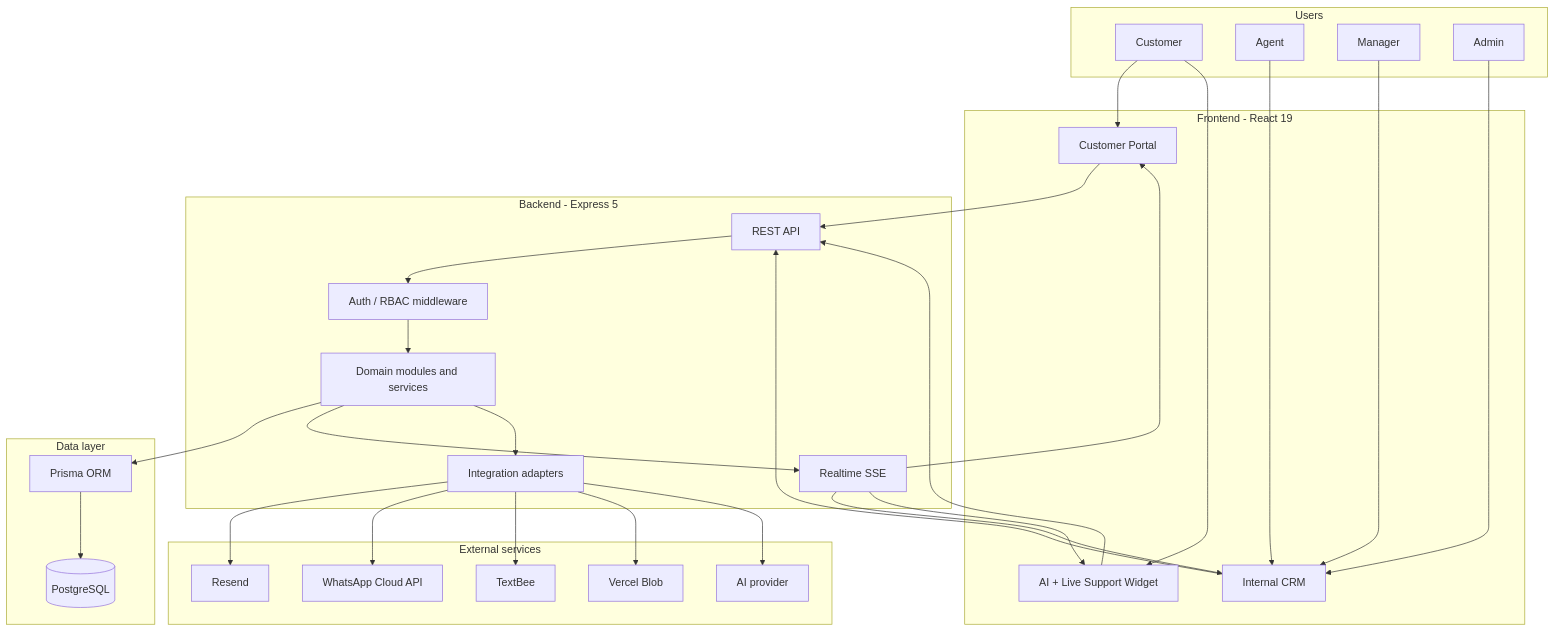
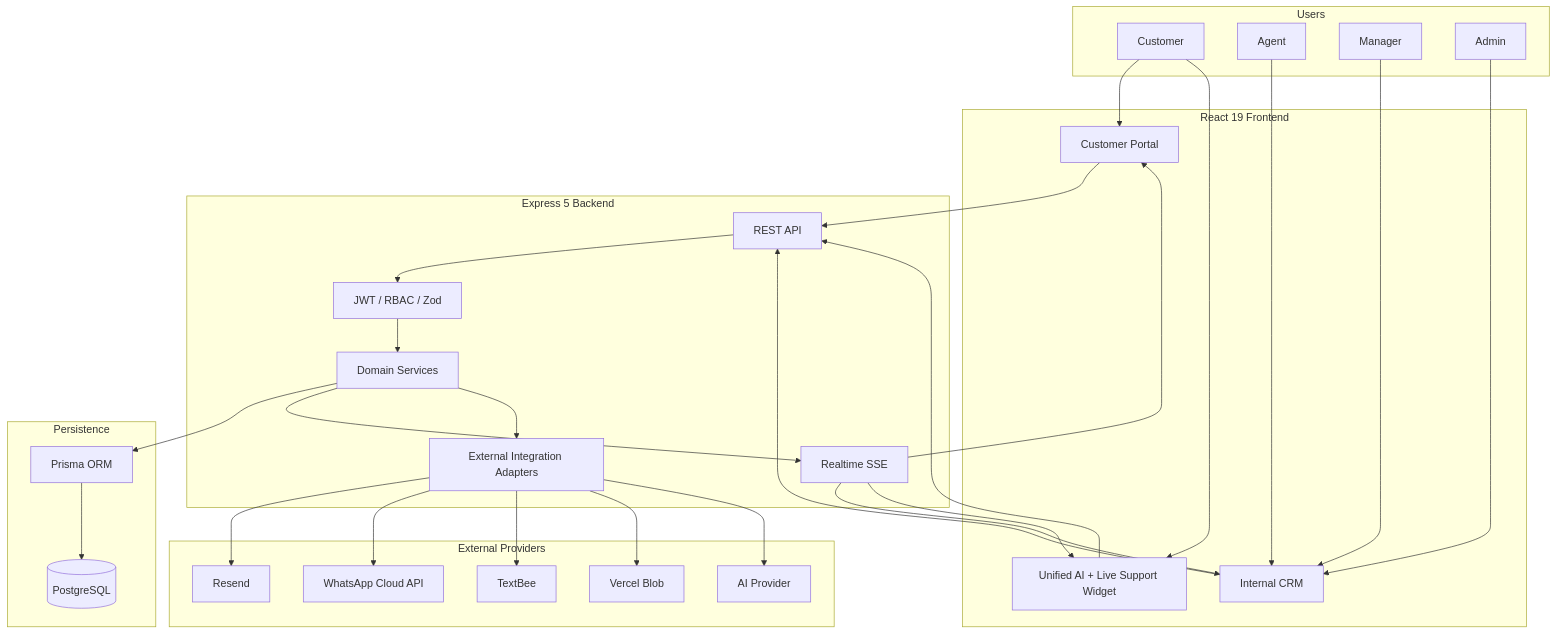
The second of 12 diagrams in README.md (bahaayoussof/crm), drawn with Mermaid before and after one commit. The commit also changed other lines of this file, not shown here.

````diff
--- a/README.md
+++ b/README.md
@@ -115,63 +82,55 @@
 ```mermaid
 flowchart TB
-    subgraph Users
-        Customer
-        Agent
-        Manager
-        Admin
+    subgraph Actors["Users"]
+        Customer["Customer"]
+        Agent["Agent"]
+        Manager["Manager"]
+        Admin["Admin"]
     end
-
-    subgraph Frontend["Frontend - React 19"]
+    subgraph Client["React 19 Frontend"]
         Portal["Customer Portal"]
         CRM["Internal CRM"]
-        Widget["AI + Live Support Widget"]
+        Widget["Unified AI + Live Support Widget"]
     end
-
-    subgraph Backend["Backend - Express 5"]
-        API["REST API"]
-        AuthZ["Auth / RBAC middleware"]
-        Services["Domain modules and services"]
-        Realtime["Realtime SSE"]
-        Integrations["Integration adapters"]
+    subgraph Server["Express 5 Backend"]
+        REST["REST API"]
+        Security["JWT / RBAC / Zod"]
+        Domains["Domain Services"]
+        RT["Realtime SSE"]
+        Adapters["External Integration Adapters"]
     end
-
-    subgraph Data["Data layer"]
+    subgraph Persistence["Persistence"]
         Prisma["Prisma ORM"]
-        DB[(PostgreSQL)]
+        PostgreSQL[("PostgreSQL")]
     end
-
-    subgraph External["External services"]
+    subgraph Providers["External Providers"]
         Resend["Resend"]
         WhatsApp["WhatsApp Cloud API"]
         TextBee["TextBee"]
         Blob["Vercel Blob"]
-        AIProvider["AI provider"]
+        AIProvider["AI Provider"]
     end
 
     Customer --> Portal
     Customer --> Widget
     Agent --> CRM
     Manager --> CRM
     Admin --> CRM
-
-    Portal --> API
-    CRM --> API
-    Widget --> API
-
-    API --> AuthZ
-    AuthZ --> Services
-    Services --> Prisma
-    Prisma --> DB
-
-    Services --> Realtime
-    Realtime --> Portal
-    Realtime --> CRM
-    Realtime --> Widget
-
-    Services --> Integrations
-    Integrations --> Resend
-    Integrations --> WhatsApp
-    Integrations --> TextBee
-    Integrations --> Blob
-    Integrations --> AIProvider
+    Portal --> REST
+    CRM --> REST
+    Widget --> REST
+    REST --> Security
+    Security --> Domains
+    Domains --> Prisma
+    Prisma --> PostgreSQL
+    Domains --> RT
+    RT --> CRM
+    RT --> Portal
+    RT --> Widget
+    Domains --> Adapters
+    Adapters --> Resend
+    Adapters --> WhatsApp
+    Adapters --> TextBee
+    Adapters --> Blob
+    Adapters --> AIProvider
 ```
````
